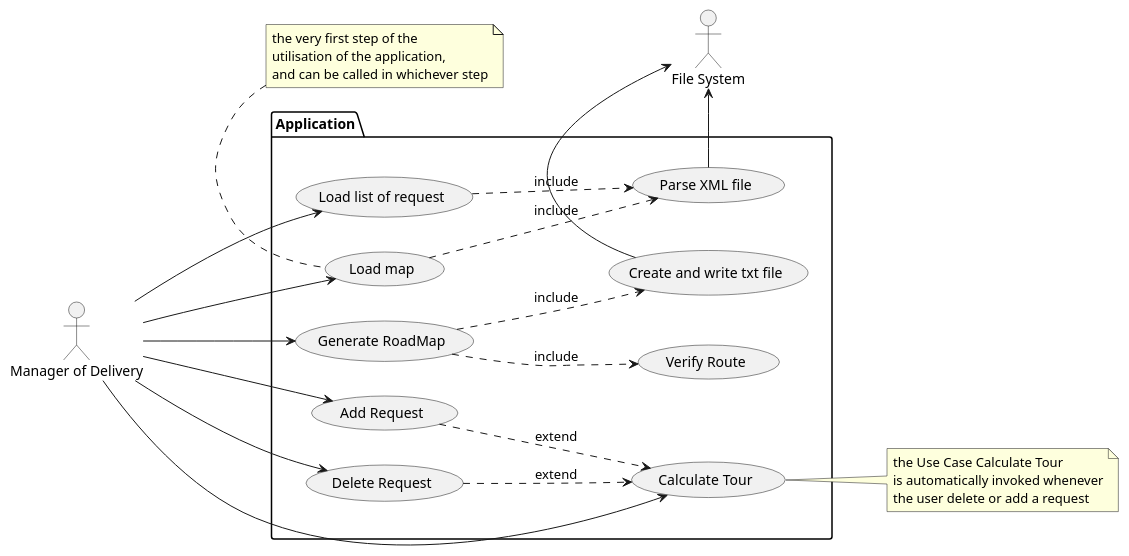
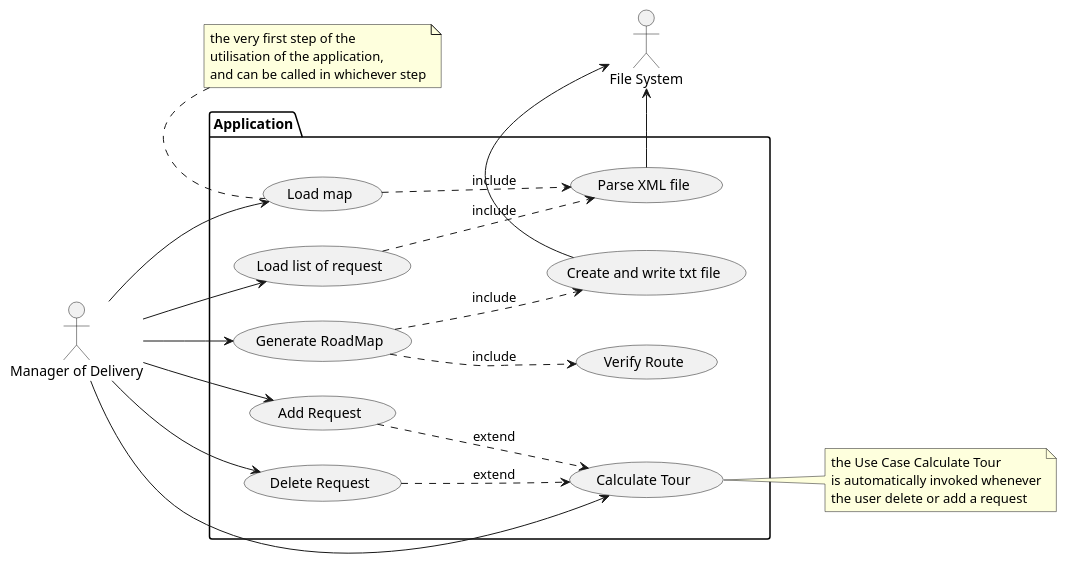
The diagram in src/documentation/UseCase.puml (Karlenkko/Agile-OnErrand), drawn with PlantUML before and after one commit.

```diff
--- a/src/documentation/UseCase.puml
+++ b/src/documentation/UseCase.puml
@@ -2,55 +2,55 @@
 @startuml
 
 
 left to right direction
 
 :Manager of Delivery: as User
 :File System: as fs
 
 package Application {
     usecase "Load map" as LoadMap
     usecase "Load list of request" as LoadRequests
     usecase "Calculate Tour" as CalculateTour
     usecase "Generate RoadMap" as GenerateRoadMap
     usecase "Verify Route" as VerifyRoute
     usecase "Add Request" as AddRequest
     usecase "Delete Request" as DeleteRequest
 
     usecase "Parse XML file" as ParseXML
     usecase "Create and write txt file" as WriteTXT
 
     LoadMap ..> ParseXML : include
     LoadRequests ..> ParseXML : include
     GenerateRoadMap ..> WriteTXT : include
     GenerateRoadMap ..> VerifyRoute : include
 
     AddRequest ..> CalculateTour : extend
     DeleteRequest ..> CalculateTour : extend
 }
     User -[hidden]->Application
-    User ---> LoadMap
+    User --> LoadMap
     User --> LoadRequests
     User --> CalculateTour
     User --> GenerateRoadMap
     User --> AddRequest
     User --> DeleteRequest
 
 
 '    Application -[hidden]> fs
     ParseXML -> fs
     WriteTXT -> fs
 
 
 note right of CalculateTour
 the Use Case Calculate Tour
 is automatically invoked whenever
 the user delete or add a request
 end note
 
 note top of LoadMap
 the very first step of the
 utilisation of the application,
 and can be called in whichever step
 end note
 
 @enduml
```
